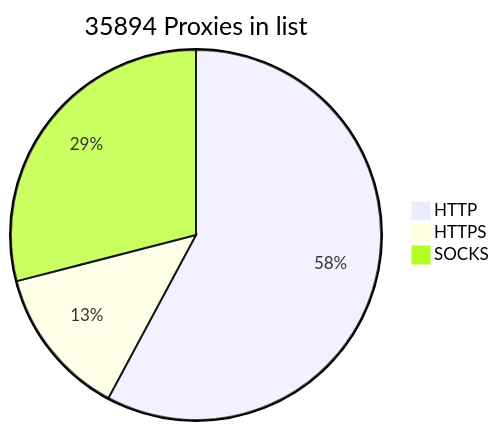
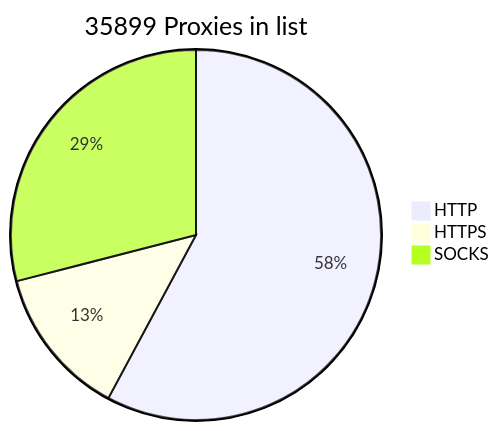
Before and after one commit to BlackSnowDot/proxylist-update-every-minute: the diagram in README.md, drawn with Mermaid.

````diff
--- a/README.md
+++ b/README.md
@@ -2,6 +2,6 @@
 ```mermaid
-pie title 35894 Proxies in list
-    "HTTP" : 23053
-    "HTTPS": 5239
-    "SOCKS" : 11562
+pie title 35899 Proxies in list
+    "HTTP" : 23056
+    "HTTPS": 5240
+    "SOCKS" : 11563
 ```
````
